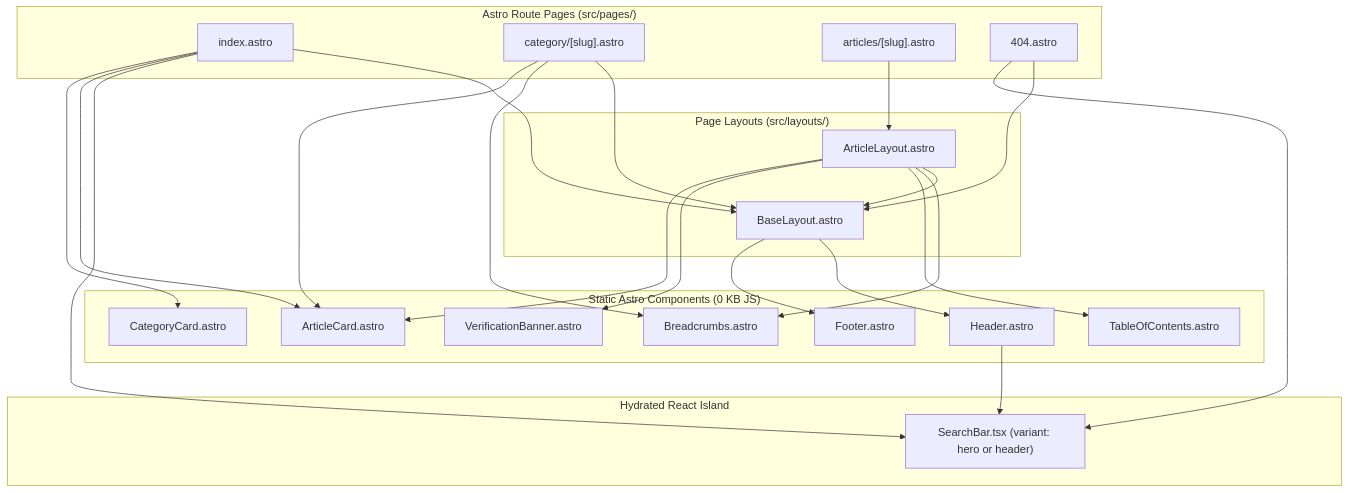
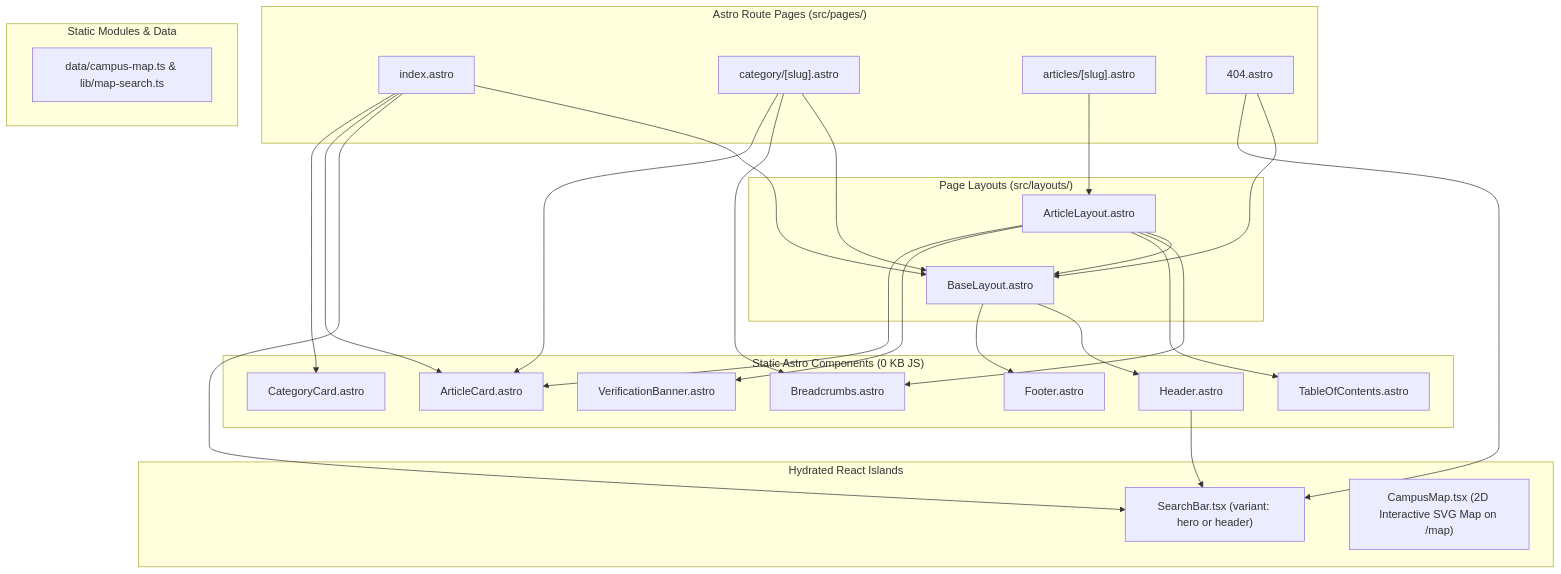
One commit to bulsutools/geary changed the second of 2 diagrams in ARCHITECTURE.md. Above: the diagram before and after it, drawn with Mermaid. The commit also changed other lines of this file and 8 other files, not shown here.

Commit message:
docs(specs): update project specs for campus map and article body previews

````diff
--- a/ARCHITECTURE.md
+++ b/ARCHITECTURE.md
@@ -101,52 +101,57 @@
 ```mermaid
 flowchart TD
     subgraph Pages["Astro Route Pages (src/pages/)"]
         P_HOME["index.astro"]
         P_CAT["category/[slug].astro"]
         P_ART["articles/[slug].astro"]
         P_404["404.astro"]
     end
 
     subgraph Layouts["Page Layouts (src/layouts/)"]
         L_BASE["BaseLayout.astro"]
         L_ART["ArticleLayout.astro"]
     end
 
     subgraph StaticComps["Static Astro Components (0 KB JS)"]
         C_HDR["Header.astro"]
         C_FTR["Footer.astro"]
         C_BC["Breadcrumbs.astro"]
         C_CCARD["CategoryCard.astro"]
         C_ACARD["ArticleCard.astro"]
         C_TOC["TableOfContents.astro"]
         C_VER["VerificationBanner.astro"]
     end
 
-    subgraph Islands["Hydrated React Island"]
+    subgraph StaticData["Static Modules & Data"]
+        D_MAP["data/campus-map.ts & lib/map-search.ts"]
+    end
+
+    subgraph Islands["Hydrated React Islands"]
         I_SRCH["SearchBar.tsx (variant: hero or header)"]
+        I_MAP["CampusMap.tsx (2D Interactive SVG Map on /map)"]
     end
 
     P_HOME --> L_BASE
     P_CAT --> L_BASE
     P_404 --> L_BASE
     P_ART --> L_ART
     L_ART --> L_BASE
 
     L_BASE --> C_HDR
     L_BASE --> C_FTR
     C_HDR --> I_SRCH
 
     P_HOME --> I_SRCH
     P_HOME --> C_ACARD
     P_HOME --> C_CCARD
 
     P_CAT --> C_BC
     P_CAT --> C_ACARD
 
     L_ART --> C_BC
     L_ART --> C_TOC
     L_ART --> C_VER
     L_ART --> C_ACARD
 
     P_404 --> I_SRCH
 ```
````
